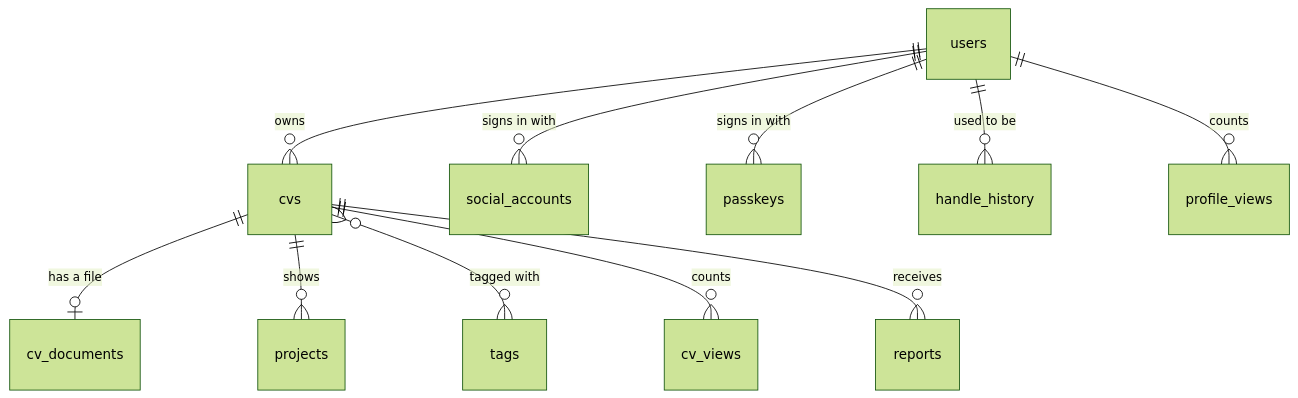
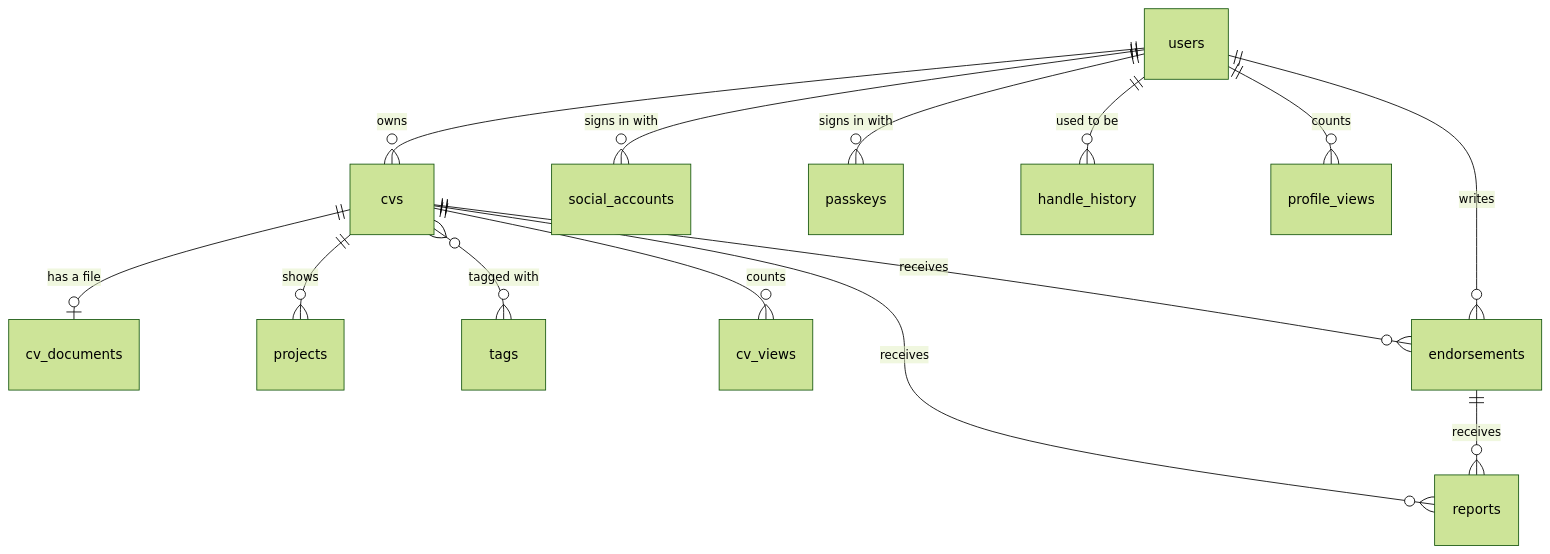
One commit to zaccesss/vitafolio changed the second of 2 diagrams in docs/DOCUMENTATION.md. Above: the diagram before and after it, drawn with Mermaid (forest theme). The commit also changed other lines of this file and 33 other files, not shown here.

````diff
--- a/docs/DOCUMENTATION.md
+++ b/docs/DOCUMENTATION.md
@@ -147,13 +176,16 @@
 ```mermaid
 erDiagram
     users ||--o{ cvs : owns
     users ||--o{ social_accounts : "signs in with"
     users ||--o{ passkeys : "signs in with"
     users ||--o{ handle_history : "used to be"
     cvs ||--o| cv_documents : "has a file"
     cvs ||--o{ projects : shows
     cvs }o--o{ tags : "tagged with"
     cvs ||--o{ cv_views : counts
     users ||--o{ profile_views : counts
     cvs ||--o{ reports : receives
+    cvs ||--o{ endorsements : receives
+    users ||--o{ endorsements : writes
+    endorsements ||--o{ reports : receives
 ```
````
